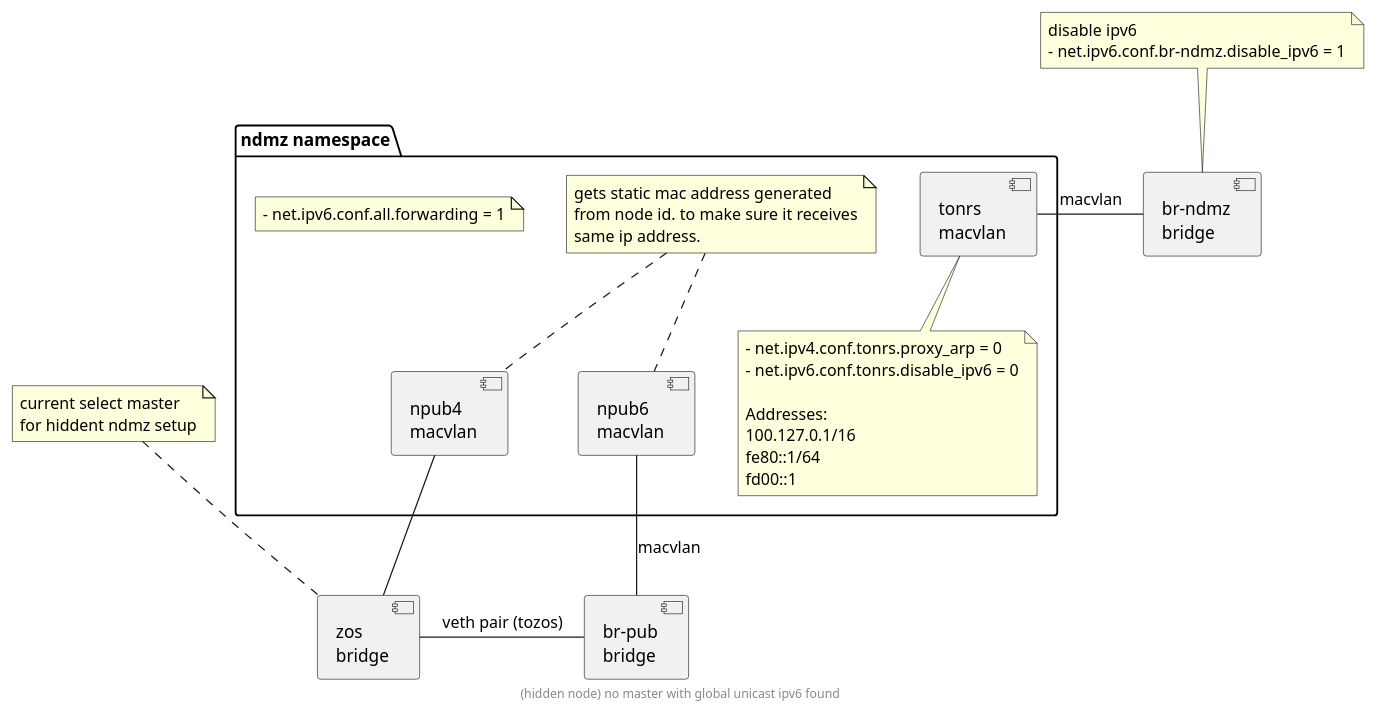
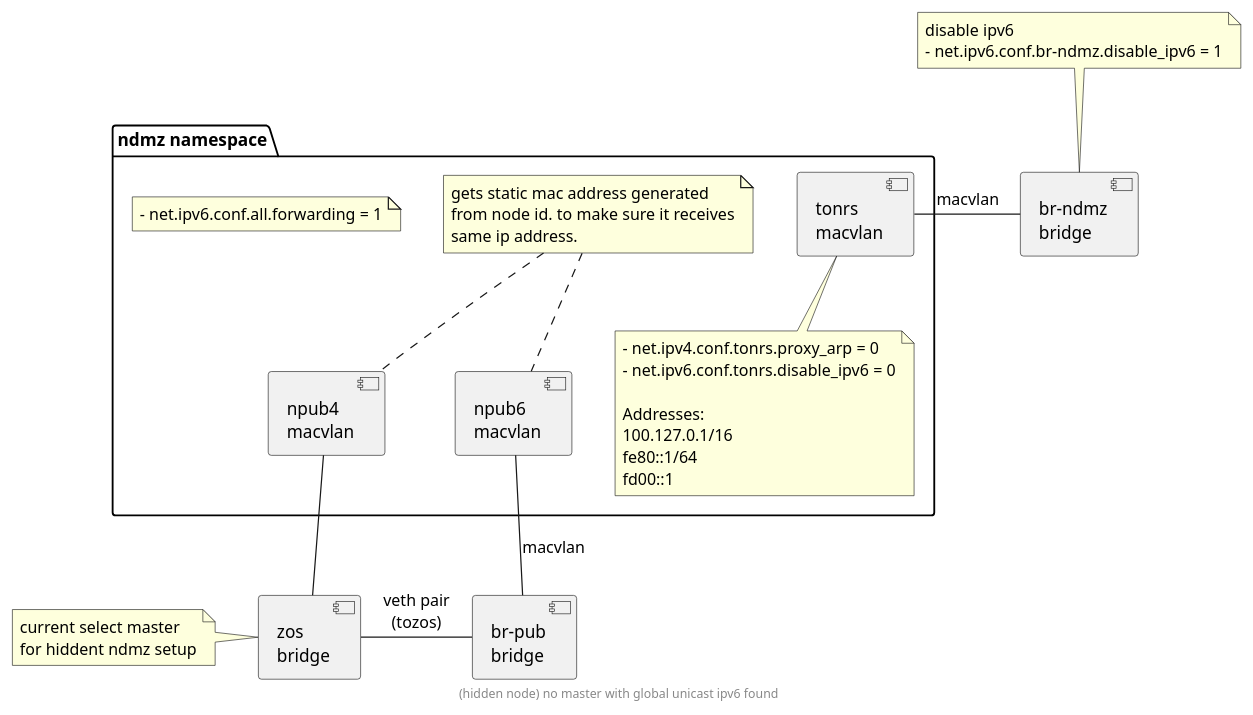
Before and after one commit to threefoldtech/zos: the diagram in docs/network/topology/uml/ndmz-hidden.wsd, drawn with PlantUML.

Commit message:
update layout

```diff
--- a/docs/network/topology/uml/ndmz-hidden.wsd
+++ b/docs/network/topology/uml/ndmz-hidden.wsd
@@ -1,49 +1,49 @@
 @startuml
 [zos\nbridge] as zos
-note top of zos
+note left of zos
 current select master
 for hiddent ndmz setup
 end note
 [br-pub\nbridge] as brpub
 [br-ndmz\nbridge] as brndmz
 note top of brndmz
 disable ipv6
 - net.ipv6.conf.br-ndmz.disable_ipv6 = 1
 end note
-brpub -left- zos : veth pair (tozos)
+brpub -left- zos : veth pair\n(tozos)
 
 package "ndmz namespace" {
     [tonrs\nmacvlan] as tonrs
     note bottom of tonrs
     - net.ipv4.conf.tonrs.proxy_arp = 0
     - net.ipv6.conf.tonrs.disable_ipv6 = 0
 
     Addresses:
     100.127.0.1/16
     fe80::1/64
     fd00::1
     end note
     tonrs - brndmz: macvlan
 
     [npub6\nmacvlan] as npub6
     npub6 -right- brpub: macvlan
 
     [npub4\nmacvlan] as npub4
     npub4 -down- zos
 
     note as MAC
     gets static mac address generated
     from node id. to make sure it receives
     same ip address.
     end note
 
     MAC .. npub4
     MAC .. npub6
 
     note as setup
     - net.ipv6.conf.all.forwarding = 1
     end note
 }
 
 footer (hidden node) no master with global unicast ipv6 found
 @enduml
```
